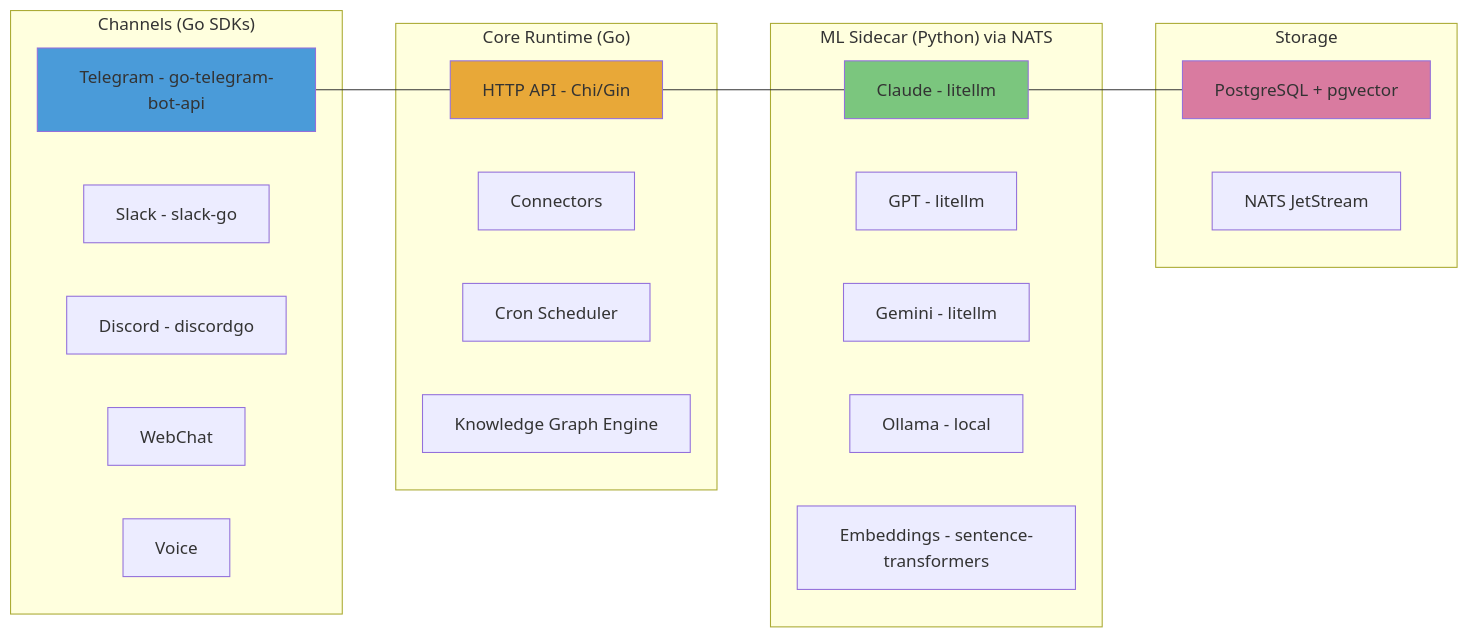
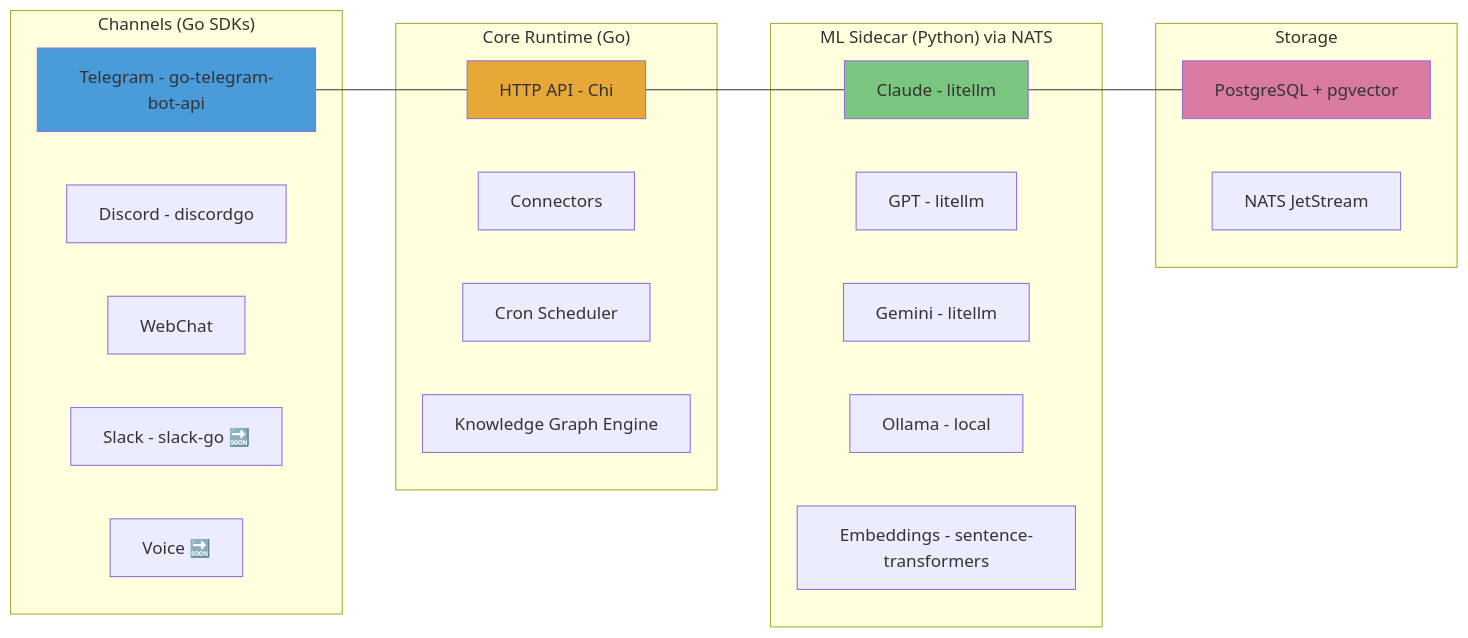
The second of 14 diagrams in docs/smackerel.md (pkirsanov/smackerel), drawn with Mermaid before and after one commit. The commit also changed other lines of this file and 23 other files, not shown here.

````diff
--- a/docs/smackerel.md
+++ b/docs/smackerel.md
@@ -258,39 +280,39 @@
 ```mermaid
 graph LR
     subgraph "Channels (Go SDKs)"
         A1[Telegram - go-telegram-bot-api]
-        A2[Slack - slack-go]
-        A3[Discord - discordgo]
-        A4[WebChat]
-        A5[Voice]
+        A2[Discord - discordgo]
+        A3[WebChat]
+        A4[Slack - slack-go 🔜]
+        A5[Voice 🔜]
     end
 
     subgraph "Core Runtime (Go)"
-        B1[HTTP API - Chi/Gin]
+        B1[HTTP API - Chi]
         B2[Connectors]
         B3[Cron Scheduler]
         B4[Knowledge Graph Engine]
     end
 
     subgraph "ML Sidecar (Python) via NATS"
         C1[Claude - litellm]
         C2[GPT - litellm]
         C3[Gemini - litellm]
         C4[Ollama - local]
         C5[Embeddings - sentence-transformers]
     end
 
     subgraph "Storage"
         D1[PostgreSQL + pgvector]
         D2[NATS JetStream]
     end
 
     A1 --- B1
     B1 --- C1
     C1 --- D1
 
     style A1 fill:#4A9BD9
     style B1 fill:#E8A838
     style C1 fill:#7BC67E
     style D1 fill:#D97BA0
 ```
````
